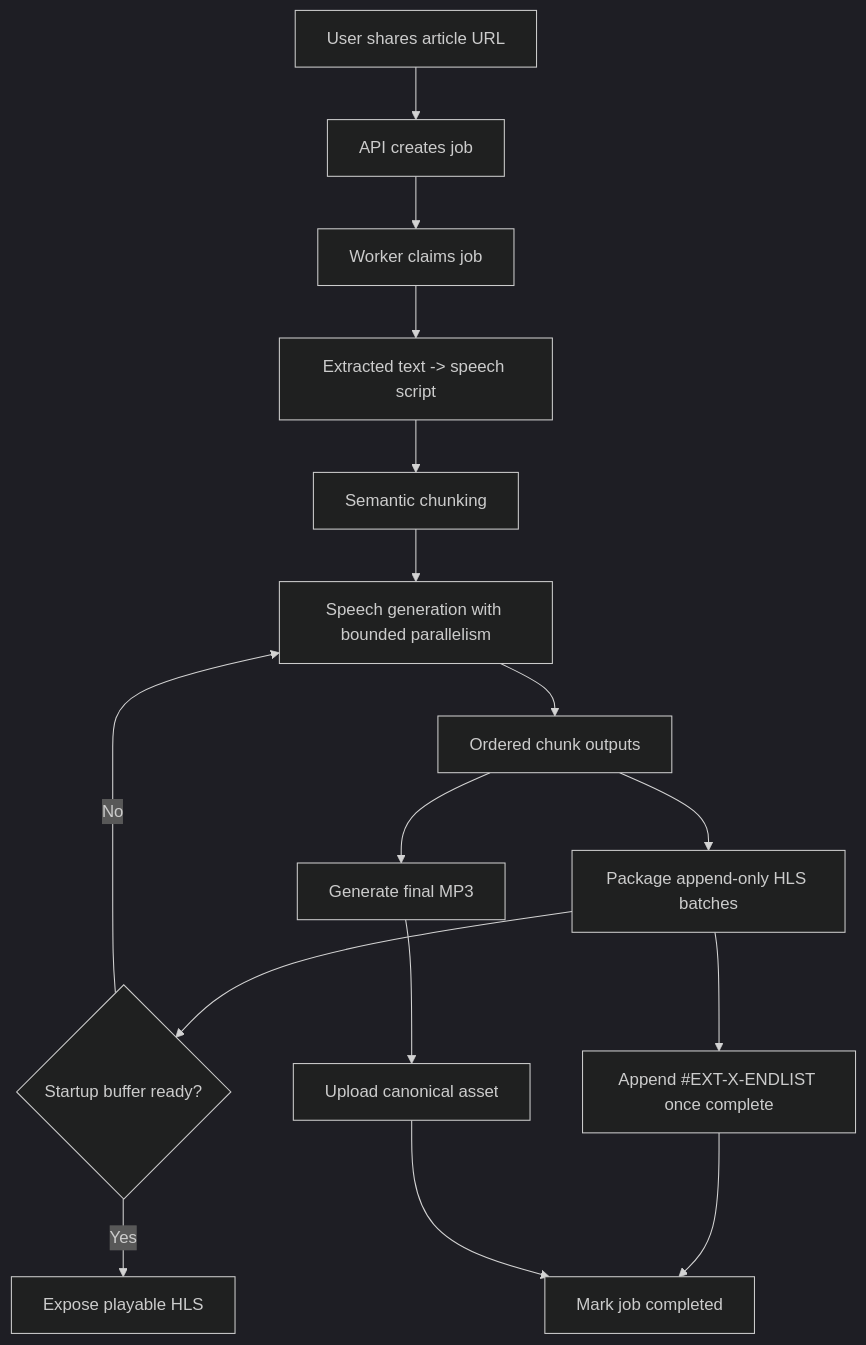
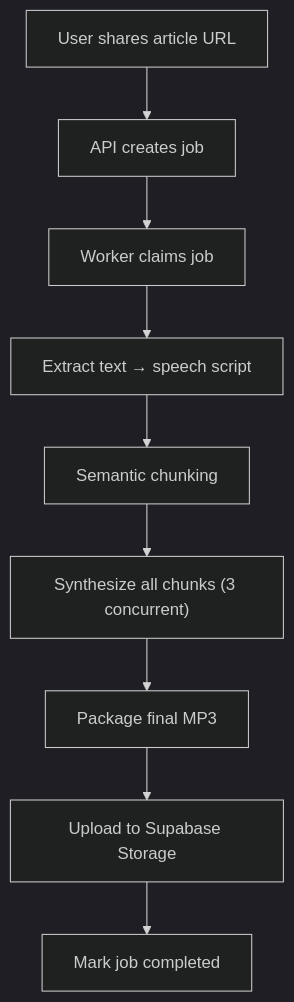
Before and after one commit to tomenden/hear-it: the second of 3 diagrams in docs/audio-pipeline-architecture.md, drawn with Mermaid (dark theme). The commit also changed other lines of this file, not shown here.

Commit message:
docs: rewrite audio pipeline architecture for batch-only design

````diff
--- a/docs/audio-pipeline-architecture.md
+++ b/docs/audio-pipeline-architecture.md
@@ -47,18 +48,11 @@
 ```mermaid
 flowchart TD
     A["User shares article URL"] --> B["API creates job"]
     B --> C["Worker claims job"]
-    C --> D["Extracted text -> speech script"]
+    C --> D["Extract text → speech script"]
     D --> E["Semantic chunking"]
-    E --> F["Speech generation with bounded parallelism"]
-    F --> G["Ordered chunk outputs"]
-    G --> H["Package append-only HLS batches"]
-    H --> I{"Startup buffer ready?"}
-    I -- "No" --> F
-    I -- "Yes" --> J["Expose playable HLS"]
-    G --> K["Generate final MP3"]
-    H --> L["Append #EXT-X-ENDLIST once complete"]
-    K --> M["Upload canonical asset"]
-    L --> N["Mark job completed"]
-    M --> N
+    E --> F["Synthesize all chunks (3 concurrent)"]
+    F --> G["Package final MP3"]
+    G --> H["Upload to Supabase Storage"]
+    H --> I["Mark job completed"]
 ```
````
